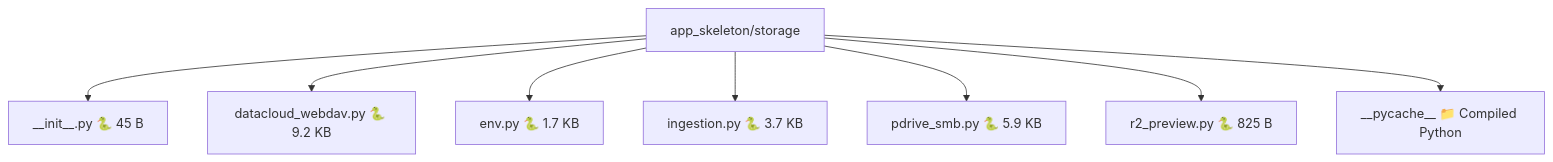
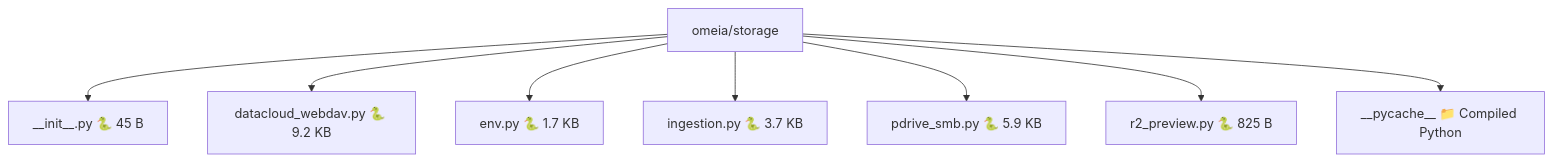
One commit to Debashish-deb/digital-notepad changed the second of 5 diagrams in docs/PROJECT_STRUCTURE_FINAL_ANALYSIS.md. Above: the diagram before and after it, drawn with Mermaid. The commit also changed other lines of this file and 3947 other files, not shown here.

First line of the commit message:
Rename app_skeleton package to omeia.

````diff
--- a/docs/PROJECT_STRUCTURE_FINAL_ANALYSIS.md
+++ b/docs/PROJECT_STRUCTURE_FINAL_ANALYSIS.md
@@ -131,11 +131,11 @@
 ```mermaid
 graph TD
-    Storage[app_skeleton/storage]
+    Storage[omeia/storage]
     Storage --> Init[__init__.py 🐍 45 B]
     Storage --> DataCloud[datacloud_webdav.py 🐍 9.2 KB]
     Storage --> Env[env.py 🐍 1.7 KB]
     Storage --> Ingestion[ingestion.py 🐍 3.7 KB]
     Storage --> PDrive[pdrive_smb.py 🐍 5.9 KB]
     Storage --> R2Preview[r2_preview.py 🐍 825 B]
     Storage --> Cache[__pycache__ 📁 Compiled Python]
 ```
````
